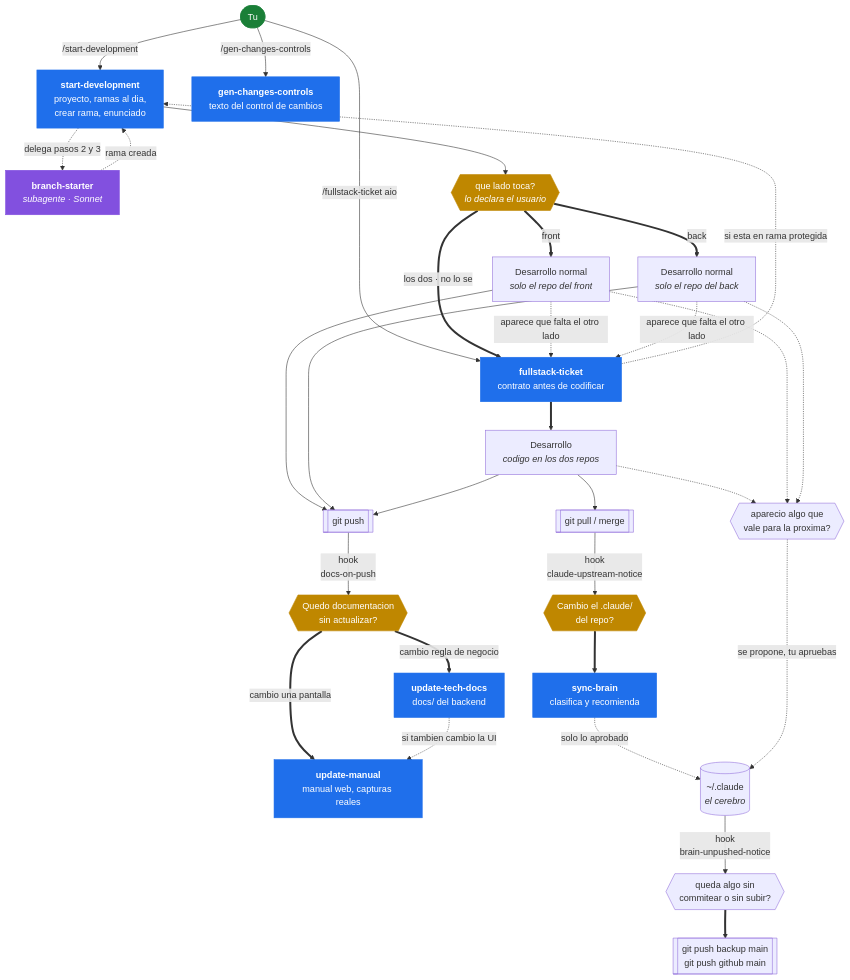
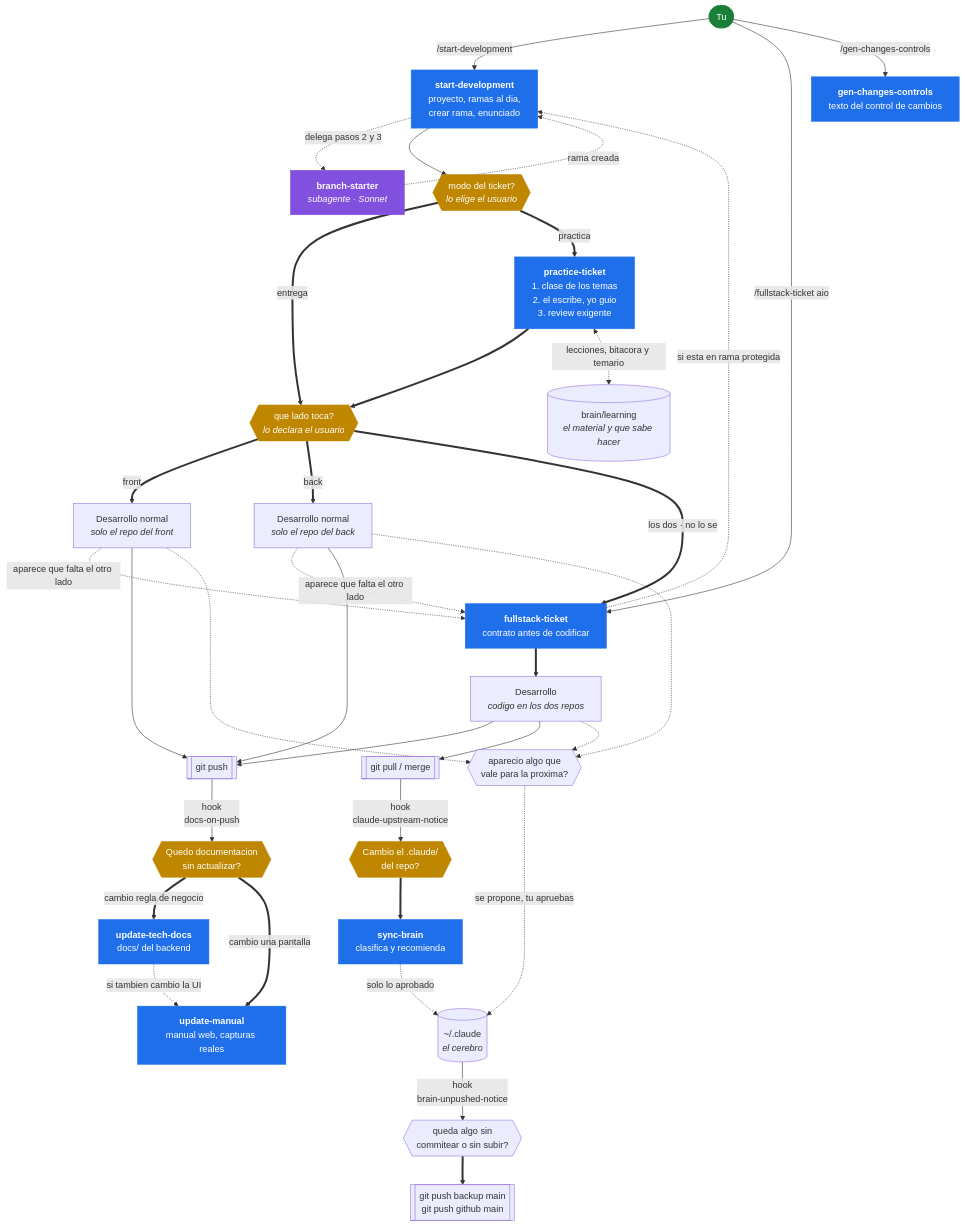
The diagram in FLUJO.md (fabianOrtega501/cerebro_claude), drawn with Mermaid before and after one commit. The commit also changed other lines of this file and 18 other files, not shown here.

````diff
--- a/FLUJO.md
+++ b/FLUJO.md
@@ -24,51 +24,57 @@
 ```mermaid
 flowchart TD
     U(["Tu"]) -->|"/start-development"| SD["<b>start-development</b><br/>proyecto, ramas al dia,<br/>crear rama, enunciado"]
     U -->|"/fullstack-ticket aio"| FT
     U -->|"/gen-changes-controls"| GC["<b>gen-changes-controls</b><br/>texto del control de cambios"]
 
     SD -.->|"delega pasos 2 y 3"| BS["<b>branch-starter</b><br/><i>subagente · Sonnet</i>"]
     BS -.->|"rama creada"| SD
 
-    SD --> Q{{"que lado toca?<br/><i>lo declara el usuario</i>"}}
+    SD --> M{{"modo del ticket?<br/><i>lo elige el usuario</i>"}}
+    M ==>|"entrega"| Q
+    M ==>|"practica"| PT["<b>practice-ticket</b><br/>1. clase de los temas<br/>2. el escribe, yo guio<br/>3. review exigente"]
+    PT ==> Q
+    PT <-.->|"lecciones, bitacora y temario"| LRN[("brain/learning<br/><i>el material y que sabe hacer</i>")]
+
+    Q{{"que lado toca?<br/><i>lo declara el usuario</i>"}}
     Q ==>|"front"| DEVF["Desarrollo normal<br/><i>solo el repo del front</i>"]
     Q ==>|"back"| DEVB["Desarrollo normal<br/><i>solo el repo del back</i>"]
     Q ==>|"los dos · no lo se"| FT["<b>fullstack-ticket</b><br/>contrato antes de codificar"]
     DEVF -.->|"aparece que falta el otro lado"| FT
     DEVB -.->|"aparece que falta el otro lado"| FT
     FT -.->|"si esta en rama protegida"| SD
 
     FT ==> DEV["Desarrollo<br/><i>codigo en los dos repos</i>"]
     DEVF --> PUSH
     DEVB --> PUSH
 
     DEV --> PUSH[["git push"]]
     DEV --> PULL[["git pull / merge"]]
 
     PUSH -->|"hook<br/>docs-on-push"| H1{{"Quedo documentacion<br/>sin actualizar?"}}
     H1 ==>|"cambio regla de negocio"| UTD["<b>update-tech-docs</b><br/>docs/ del backend"]
     H1 ==>|"cambio una pantalla"| UM["<b>update-manual</b><br/>manual web, capturas reales"]
 
     PULL -->|"hook<br/>claude-upstream-notice"| H2{{"Cambio el .claude/<br/>del repo?"}}
     H2 ==> SB["<b>sync-brain</b><br/>clasifica y recomienda"]
     SB -.->|"solo lo aprobado"| BRAIN[("~/.claude<br/><i>el cerebro</i>")]
 
     APR{{"aparecio algo que<br/>vale para la proxima?"}} -.->|"se propone, tu apruebas"| BRAIN
     DEV -.-> APR
     DEVF -.-> APR
     DEVB -.-> APR
 
     BRAIN -->|"hook<br/>brain-unpushed-notice"| H3{{"queda algo sin<br/>commitear o sin subir?"}}
     H3 ==> RESP[["git push backup main<br/>git push github main"]]
 
     UTD -.->|"si tambien cambio la UI"| UM
 
     classDef skill fill:#1f6feb,stroke:#1f6feb,color:#fff
     classDef agent fill:#8250df,stroke:#8250df,color:#fff
     classDef hook fill:#bf8700,stroke:#bf8700,color:#fff
     classDef user fill:#1a7f37,stroke:#1a7f37,color:#fff
-    class SD,FT,UM,UTD,SB,GC skill
+    class SD,FT,UM,UTD,SB,GC,PT skill
     class BS agent
-    class H1,H2,Q hook
+    class H1,H2,Q,M hook
     class U user
 ```
````
